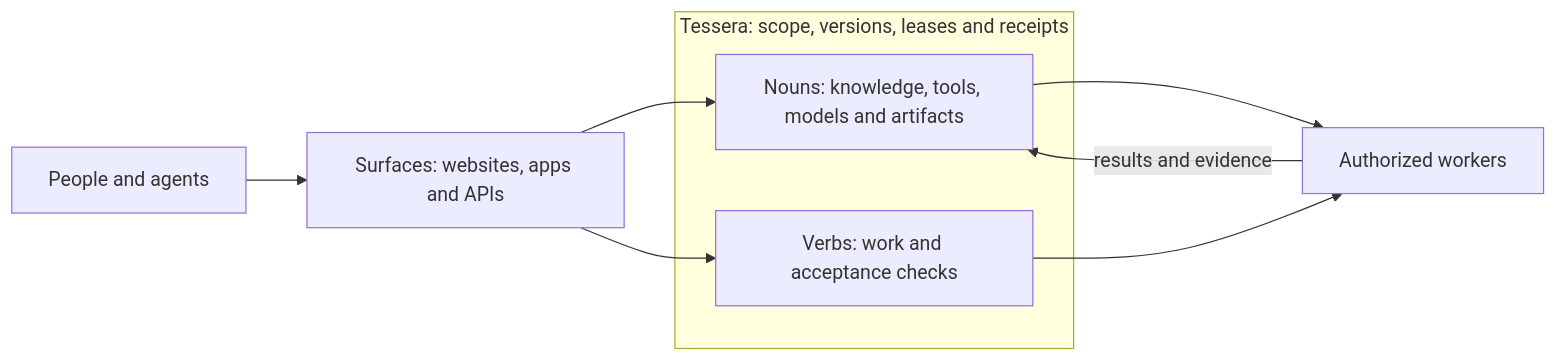
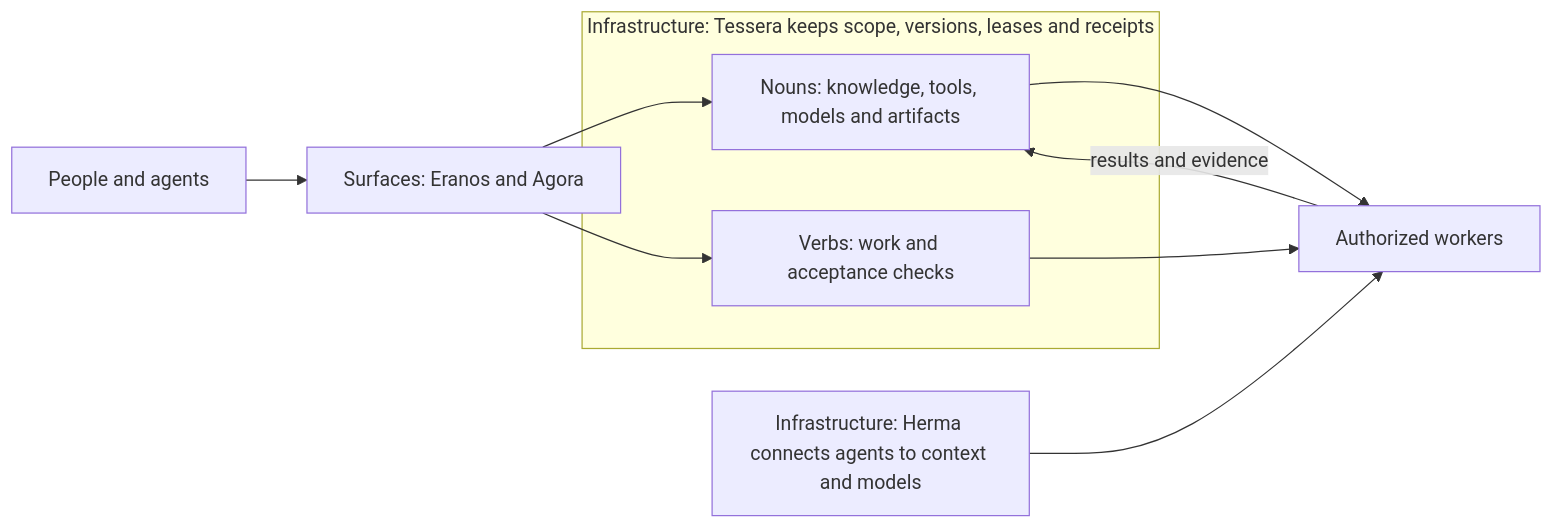
One commit to ta-amps/agora-public-overview-architecture-setup-and-contribution changed the diagram in README.md. Above: the diagram before and after it, drawn with Mermaid. The commit also changed other lines of this file and 14 other files, not shown here.

````diff
--- a/README.md
+++ b/README.md
@@ -64,13 +82,14 @@
 ```mermaid
 flowchart LR
-    A[People and agents] --> P[Surfaces: websites, apps and APIs]
-    subgraph T[Tessera: scope, versions, leases and receipts]
+    A[People and agents] --> P[Surfaces: Eranos and Agora]
+    subgraph T[Infrastructure: Tessera keeps scope, versions, leases and receipts]
       N[Nouns: knowledge, tools, models and artifacts]
       V[Verbs: work and acceptance checks]
     end
     P --> N
     P --> V
     N --> W[Authorized workers]
     V --> W
+    H[Infrastructure: Herma connects agents to context and models] --> W
     W -->|results and evidence| N
 ```
````
